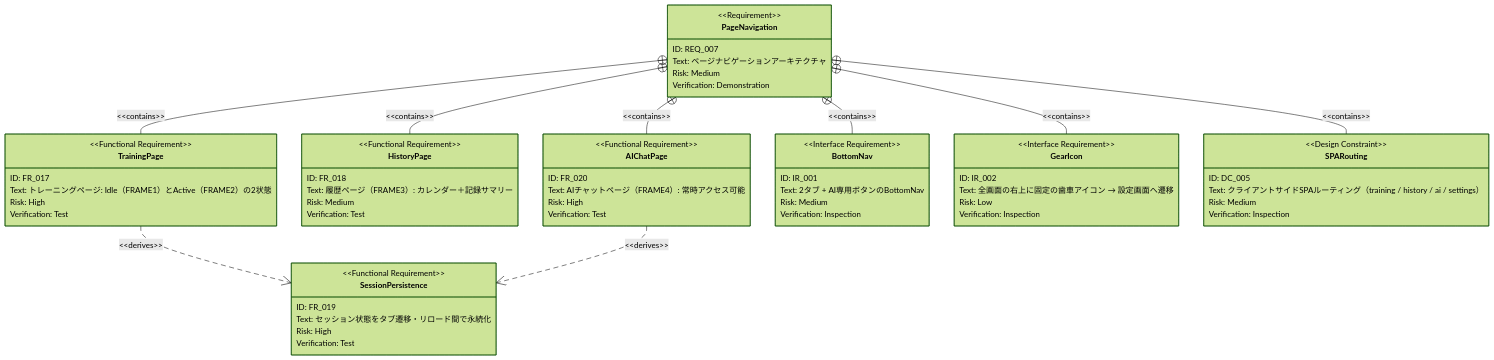
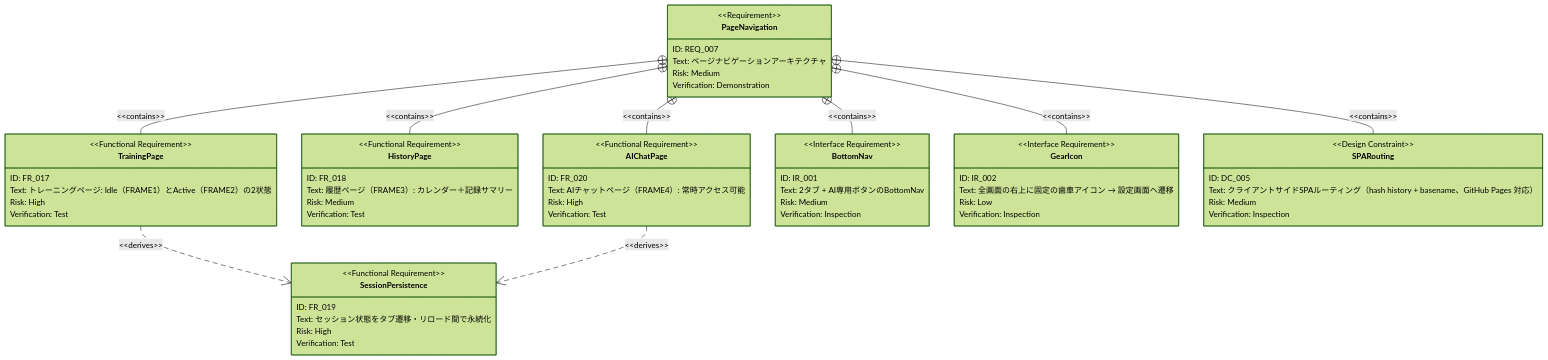
Before and after one commit to SakumaTakuya/gymini: the second of 2 diagrams in .sdd/requirement/navigation.md, drawn with Mermaid (forest theme). The commit also changed other lines of this file and 12 other files, not shown here.

````diff
--- a/.sdd/requirement/navigation.md
+++ b/.sdd/requirement/navigation.md
@@ -63,68 +63,68 @@
 ```mermaid
 requirementDiagram
     requirement PageNavigation {
         id: REQ_007
         text: "ページナビゲーションアーキテクチャ"
         risk: medium
         verifymethod: demonstration
     }
 
     functionalRequirement TrainingPage {
         id: FR_017
         text: "トレーニングページ: Idle（FRAME1）とActive（FRAME2）の2状態"
         risk: high
         verifymethod: test
     }
 
     functionalRequirement HistoryPage {
         id: FR_018
         text: "履歴ページ（FRAME3）: カレンダー＋記録サマリー"
         risk: medium
         verifymethod: test
     }
 
     functionalRequirement SessionPersistence {
         id: FR_019
         text: "セッション状態をタブ遷移・リロード間で永続化"
         risk: high
         verifymethod: test
     }
 
     functionalRequirement AIChatPage {
         id: FR_020
         text: "AIチャットページ（FRAME4）: 常時アクセス可能"
         risk: high
         verifymethod: test
     }
 
     interfaceRequirement BottomNav {
         id: IR_001
         text: "2タブ + AI専用ボタンのBottomNav"
         risk: medium
         verifymethod: inspection
     }
 
     interfaceRequirement GearIcon {
         id: IR_002
         text: "全画面の右上に固定の歯車アイコン → 設定画面へ遷移"
         risk: low
         verifymethod: inspection
     }
 
     designConstraint SPARouting {
         id: DC_005
-        text: "クライアントサイドSPAルーティング（training / history / ai / settings）"
+        text: "クライアントサイドSPAルーティング（hash history + basename、GitHub Pages 対応）"
         risk: medium
         verifymethod: inspection
     }
 
     PageNavigation - contains -> TrainingPage
     PageNavigation - contains -> HistoryPage
     PageNavigation - contains -> AIChatPage
     PageNavigation - contains -> BottomNav
     PageNavigation - contains -> GearIcon
     PageNavigation - contains -> SPARouting
 
     TrainingPage - derives -> SessionPersistence
     AIChatPage - derives -> SessionPersistence
 ```
````
